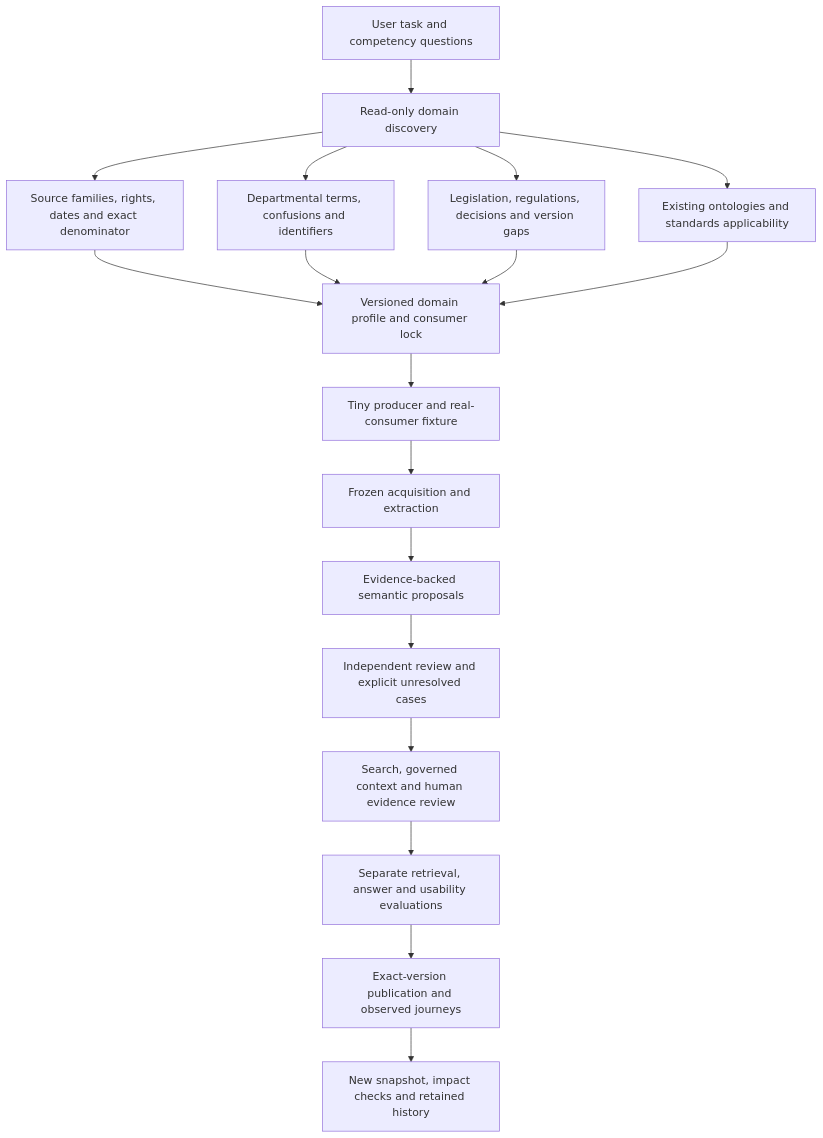
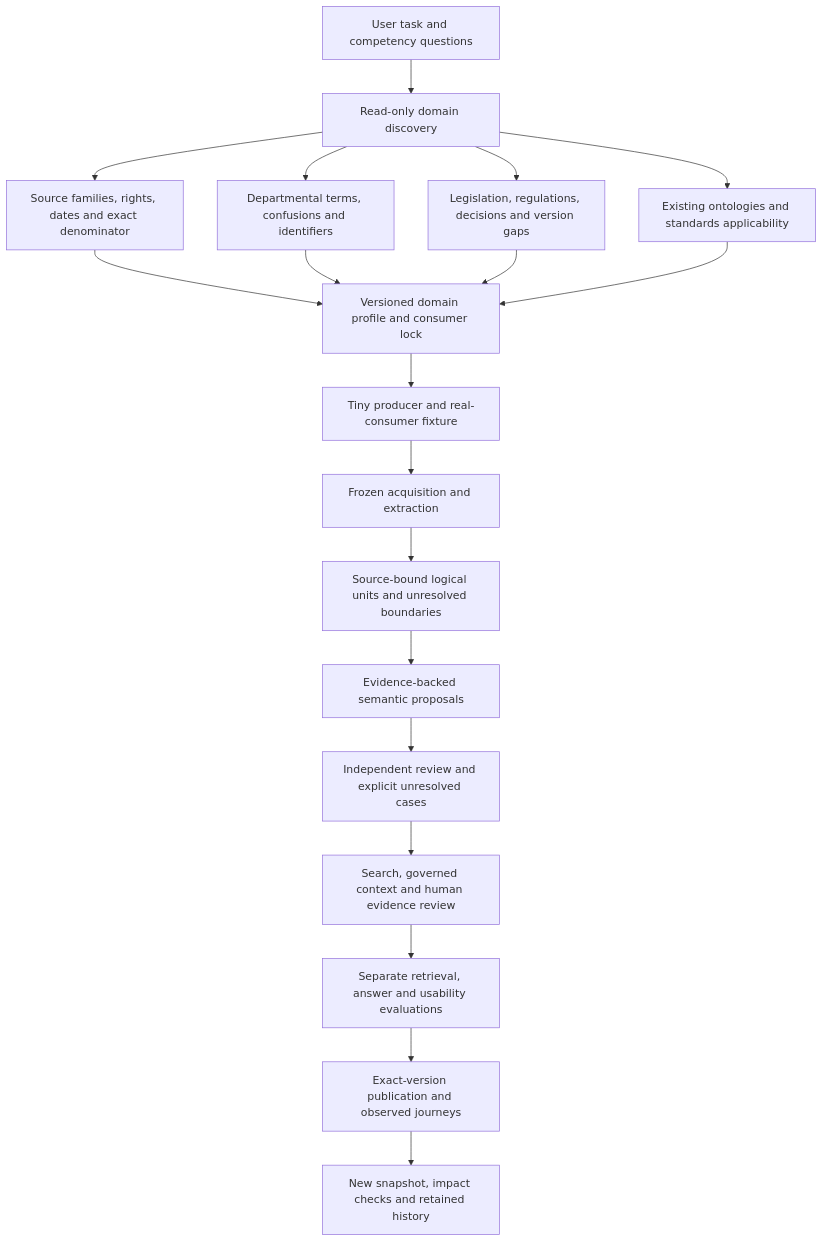
The diagram in docs/methodology.md (chris-page-gov/okf-dwp), drawn with Mermaid before and after one commit. The commit also changed other lines of this file and 4 other files, not shown here.

````diff
--- a/docs/methodology.md
+++ b/docs/methodology.md
@@ -16,20 +16,21 @@
 ```mermaid
 flowchart TD
     Need[User task and competency questions] --> Discovery[Read-only domain discovery]
     Discovery --> Sources[Source families, rights, dates and exact denominator]
     Discovery --> Terms[Departmental terms, confusions and identifiers]
     Discovery --> Law[Legislation, regulations, decisions and version gaps]
     Discovery --> Standards[Existing ontologies and standards applicability]
     Sources --> Profile[Versioned domain profile and consumer lock]
     Terms --> Profile
     Law --> Profile
     Standards --> Profile
     Profile --> Fixture[Tiny producer and real-consumer fixture]
     Fixture --> Capture[Frozen acquisition and extraction]
-    Capture --> Proposals[Evidence-backed semantic proposals]
+    Capture --> Units[Source-bound logical units and unresolved boundaries]
+    Units --> Proposals[Evidence-backed semantic proposals]
     Proposals --> Review[Independent review and explicit unresolved cases]
     Review --> Delivery[Search, governed context and human evidence review]
     Delivery --> Evaluation[Separate retrieval, answer and usability evaluations]
     Evaluation --> Publication[Exact-version publication and observed journeys]
     Publication --> Refresh[New snapshot, impact checks and retained history]
 ```
````
